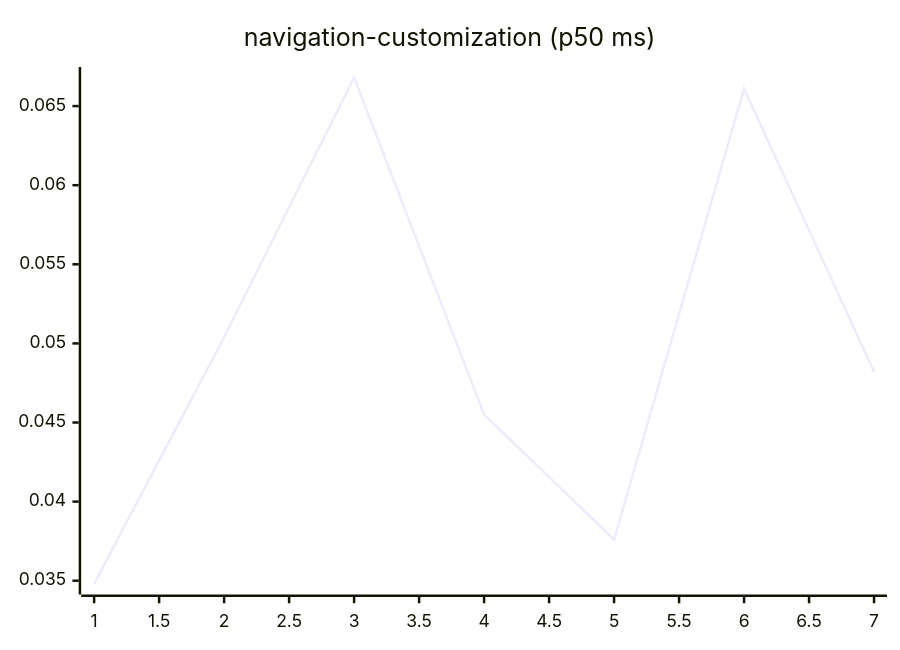
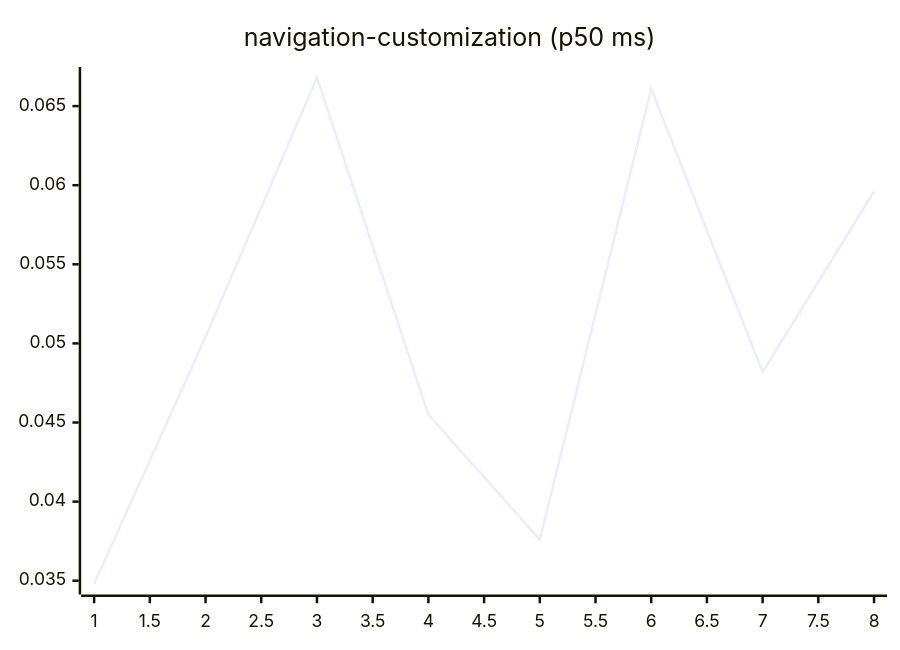
Before and after one commit to josha/Facet: diagram 15 of 27 in README.md, drawn with Mermaid. The commit also changed other lines of this file and 2 other files, not shown here.

````diff
--- a/README.md
+++ b/README.md
@@ -161,6 +161,6 @@
 ```mermaid
 xychart-beta
     title "navigation-customization (p50 ms)"
-    x-axis 1 --> 7
-    line [0.0348, 0.0504, 0.0668, 0.0455, 0.0376, 0.0661, 0.0482]
+    x-axis 1 --> 8
+    line [0.0348, 0.0504, 0.0668, 0.0455, 0.0376, 0.0661, 0.0482, 0.0596]
 ```
````
